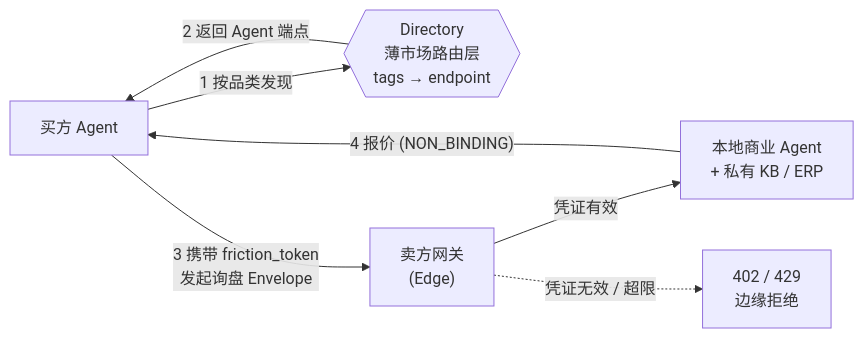
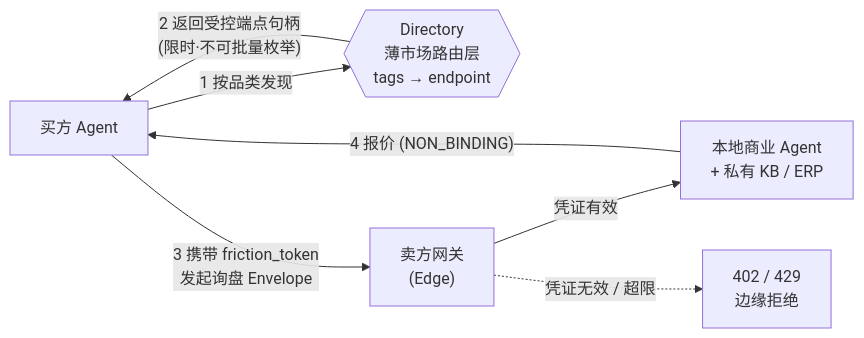
The diagram in README.zh-CN.md (isbeingto/OpenFlea), drawn with Mermaid before and after one commit. The commit also changed other lines of this file and 3 other files, not shown here.

````diff
--- a/README.zh-CN.md
+++ b/README.zh-CN.md
@@ -60,15 +60,15 @@
 ```mermaid
 flowchart LR
     B["买方 Agent"]
     D{{"Directory<br/>薄市场路由层<br/>tags → endpoint"}}
     G["卖方网关<br/>(Edge)"]
     L["本地商业 Agent<br/>+ 私有 KB / ERP"]
     X["402 / 429<br/>边缘拒绝"]
 
     B -->|"1 按品类发现"| D
-    D -->|"2 返回 Agent 端点"| B
+    D -->|"2 返回受控端点句柄<br/>(限时·不可批量枚举)"| B
     B -->|"3 携带 friction_token<br/>发起询盘 Envelope"| G
     G -->|"凭证有效"| L
     G -.->|"凭证无效 / 超限"| X
     L -->|"4 报价 (NON_BINDING)"| B
 ```
````
